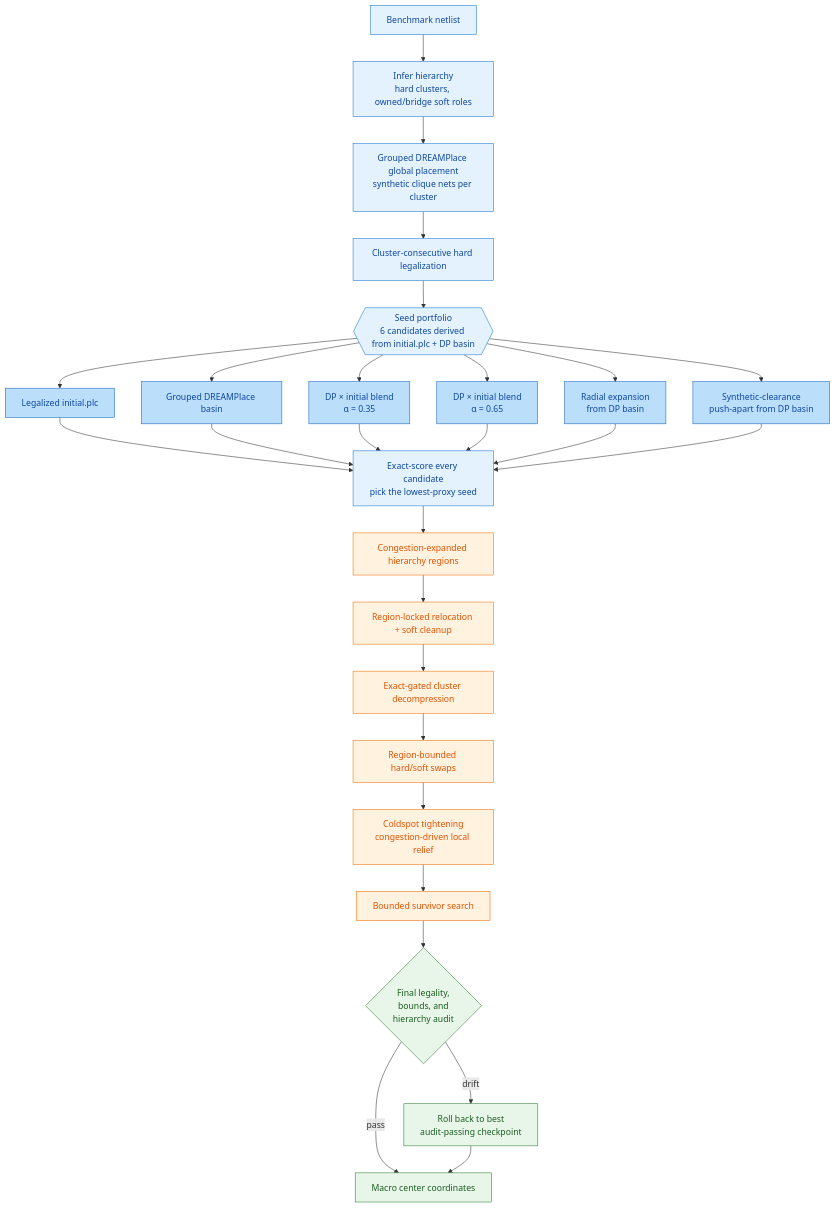
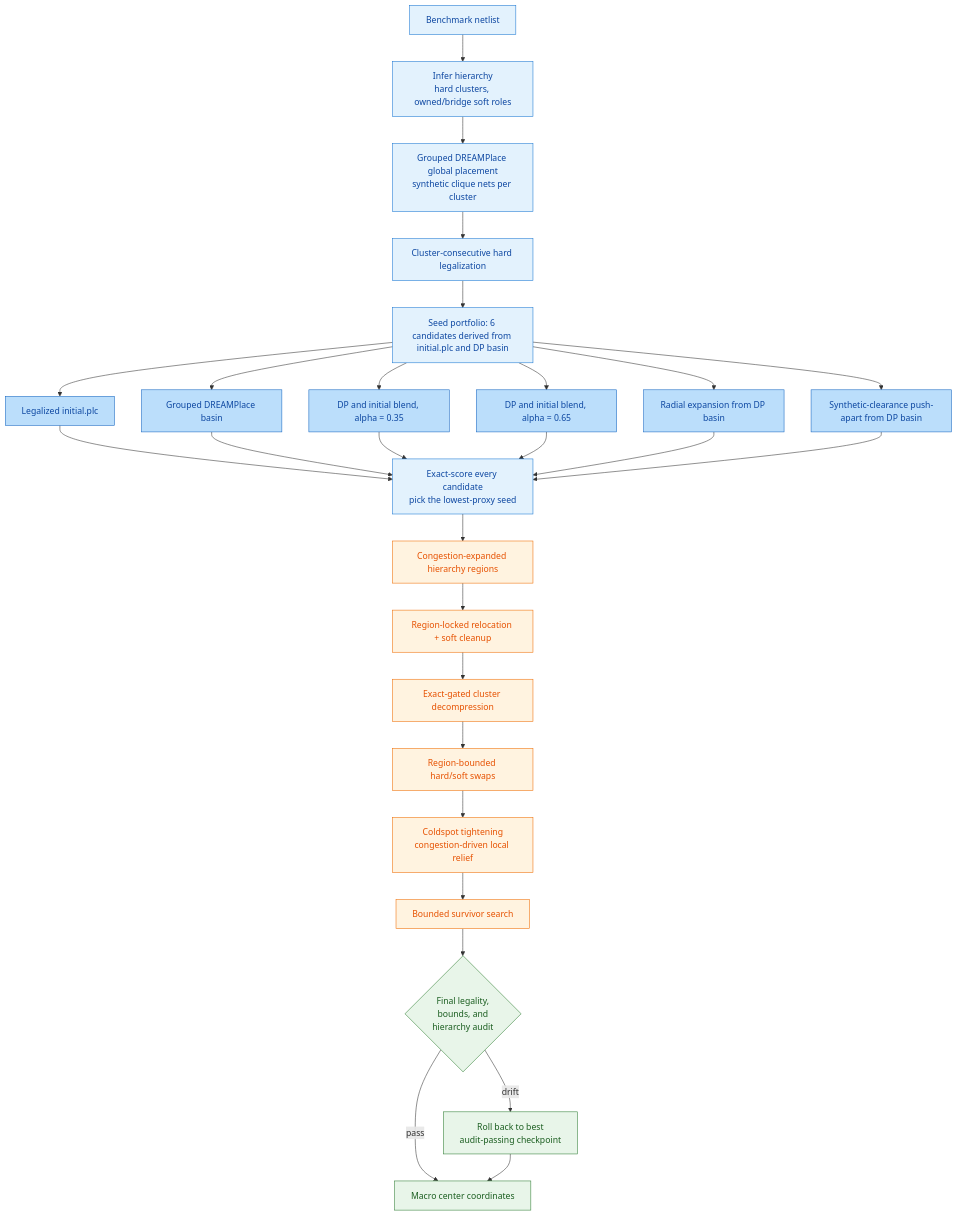
Before and after one commit to SameerSul/leetfm-macro-place-challenge-2026: the diagram in README.md, drawn with Mermaid.

Commit message:
docs: fix README Mermaid render — replace hexagon node and inline labels
GitHub's Mermaid renderer hit "Could not find a suitable point for the
given distance" on the {{...}} hexagon node with 6 outgoing edges
(known Dagre layout bug). Swapped it for a plain rectangle and
flattened the seed-candidate labels onto single lines.

````diff
--- a/README.md
+++ b/README.md
@@ -74,40 +74,40 @@
 ```mermaid
 flowchart TD
     A[Benchmark netlist] --> B[Infer hierarchy<br/>hard clusters, owned/bridge soft roles]
     B --> C[Grouped DREAMPlace global placement<br/>synthetic clique nets per cluster]
     C --> D[Cluster-consecutive hard legalization]
 
-    D --> P{{Seed portfolio<br/>6 candidates derived from initial.plc + DP basin}}
+    D --> P[Seed portfolio: 6 candidates derived from initial.plc and DP basin]
     P --> S0[Legalized initial.plc]
     P --> S1[Grouped DREAMPlace basin]
-    P --> S2[DP × initial blend<br/>α = 0.35]
-    P --> S3[DP × initial blend<br/>α = 0.65]
-    P --> S4[Radial expansion<br/>from DP basin]
-    P --> S5[Synthetic-clearance<br/>push-apart from DP basin]
+    P --> S2[DP and initial blend, alpha = 0.35]
+    P --> S3[DP and initial blend, alpha = 0.65]
+    P --> S4[Radial expansion from DP basin]
+    P --> S5[Synthetic-clearance push-apart from DP basin]
     S0 --> E[Exact-score every candidate<br/>pick the lowest-proxy seed]
     S1 --> E
     S2 --> E
     S3 --> E
     S4 --> E
     S5 --> E
 
     E --> F[Congestion-expanded hierarchy regions]
     F --> G[Region-locked relocation + soft cleanup]
     G --> H[Exact-gated cluster decompression]
     H --> I[Region-bounded hard/soft swaps]
     I --> J[Coldspot tightening<br/>congestion-driven local relief]
     J --> K[Bounded survivor search]
     K --> L{Final legality,<br/>bounds, and<br/>hierarchy audit}
     L -->|pass| M[Macro center coordinates]
     L -->|drift| N[Roll back to best<br/>audit-passing checkpoint]
     N --> M
 
     classDef seed fill:#e3f2fd,stroke:#1976d2,color:#0d47a1
     classDef cand fill:#bbdefb,stroke:#1565c0,color:#0d47a1
     classDef search fill:#fff3e0,stroke:#ef6c00,color:#e65100
     classDef audit fill:#e8f5e9,stroke:#2e7d32,color:#1b5e20
     class A,B,C,D,P,E seed
     class S0,S1,S2,S3,S4,S5 cand
     class F,G,H,I,J,K search
     class L,M,N audit
 ```
````
